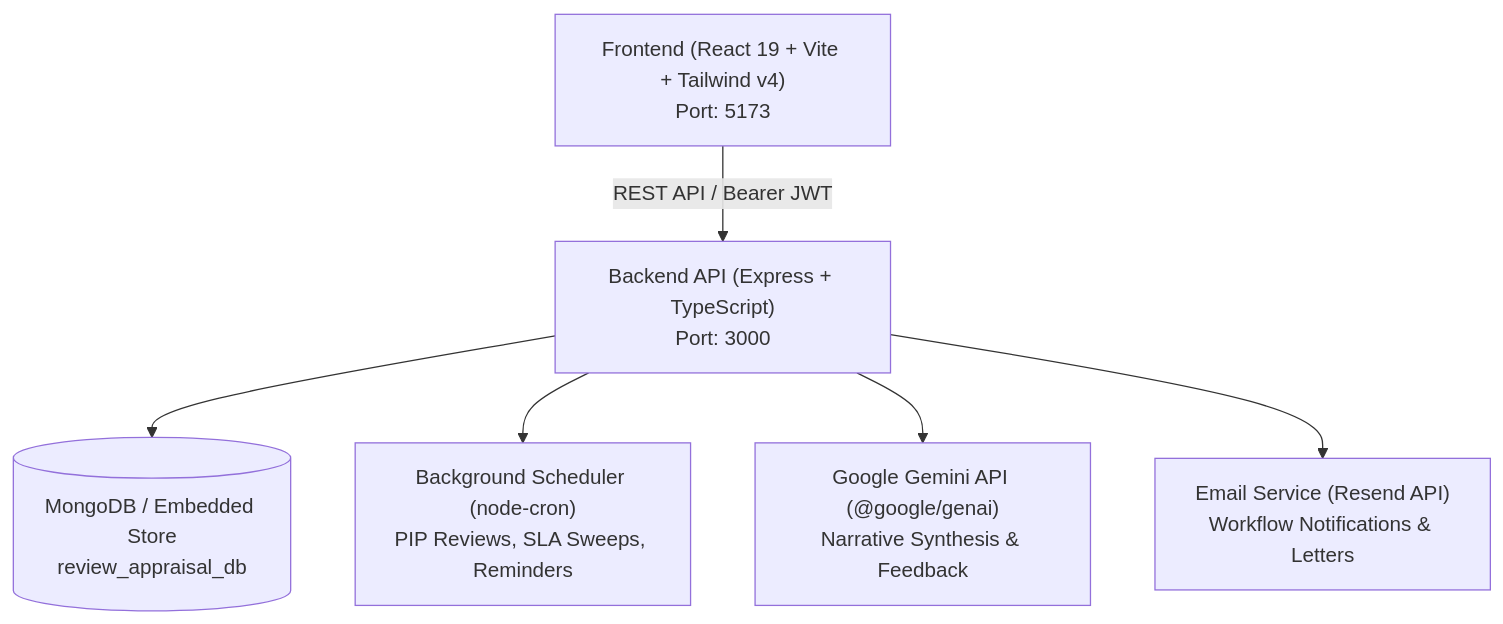
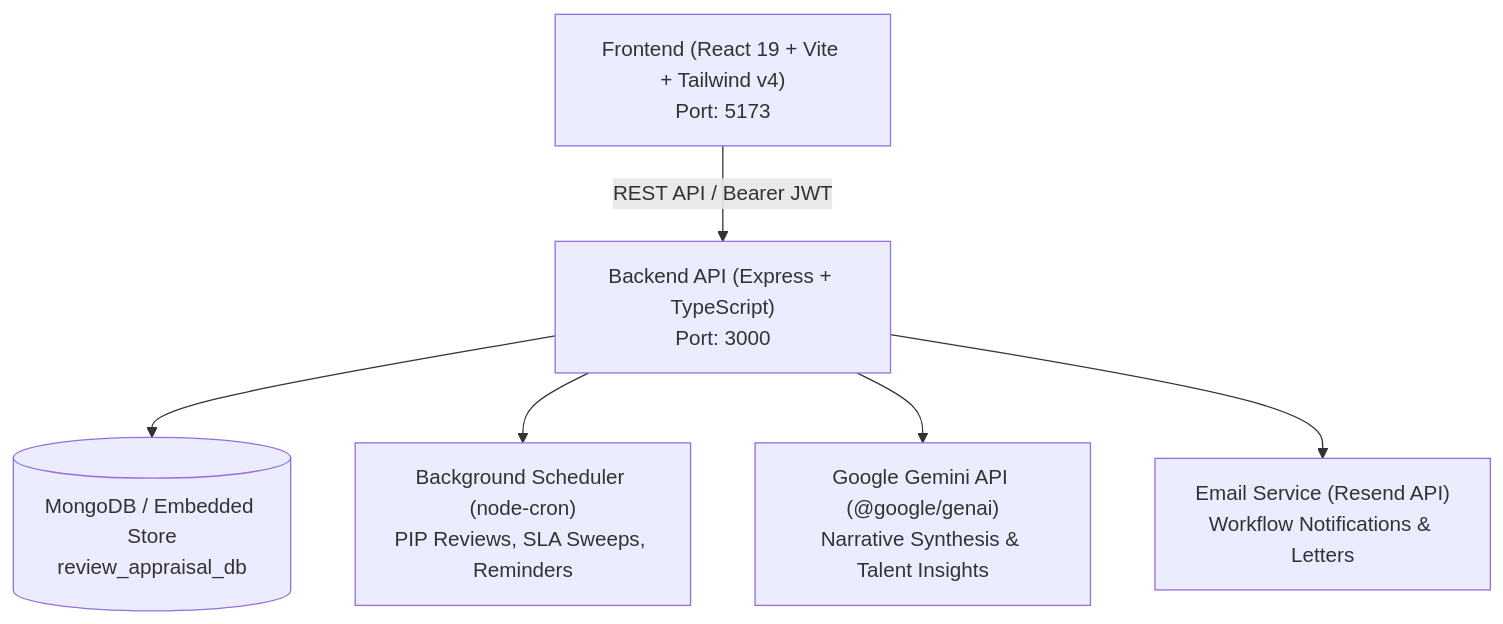
The diagram in README.md (Chirag-Tank1971/MintReviewSystem), drawn with Mermaid before and after one commit. The commit also changed other lines of this file and 25 other files, not shown here.

````diff
--- a/README.md
+++ b/README.md
@@ -35,8 +37,8 @@
 ```mermaid
 graph TD
     Client["Frontend (React 19 + Vite + Tailwind v4)<br/>Port: 5173"] -->|"REST API / Bearer JWT"| Server["Backend API (Express + TypeScript)<br/>Port: 3000"]
     Server --> DB[("MongoDB / Embedded Store<br/>review_appraisal_db")]
     Server --> Cron["Background Scheduler (node-cron)<br/>PIP Reviews, SLA Sweeps, Reminders"]
-    Server --> AI["Google Gemini API (@google/genai)<br/>Narrative Synthesis & Feedback"]
+    Server --> AI["Google Gemini API (@google/genai)<br/>Narrative Synthesis & Talent Insights"]
     Server --> Mail["Email Service (Resend API)<br/>Workflow Notifications & Letters"]
 ```
````
